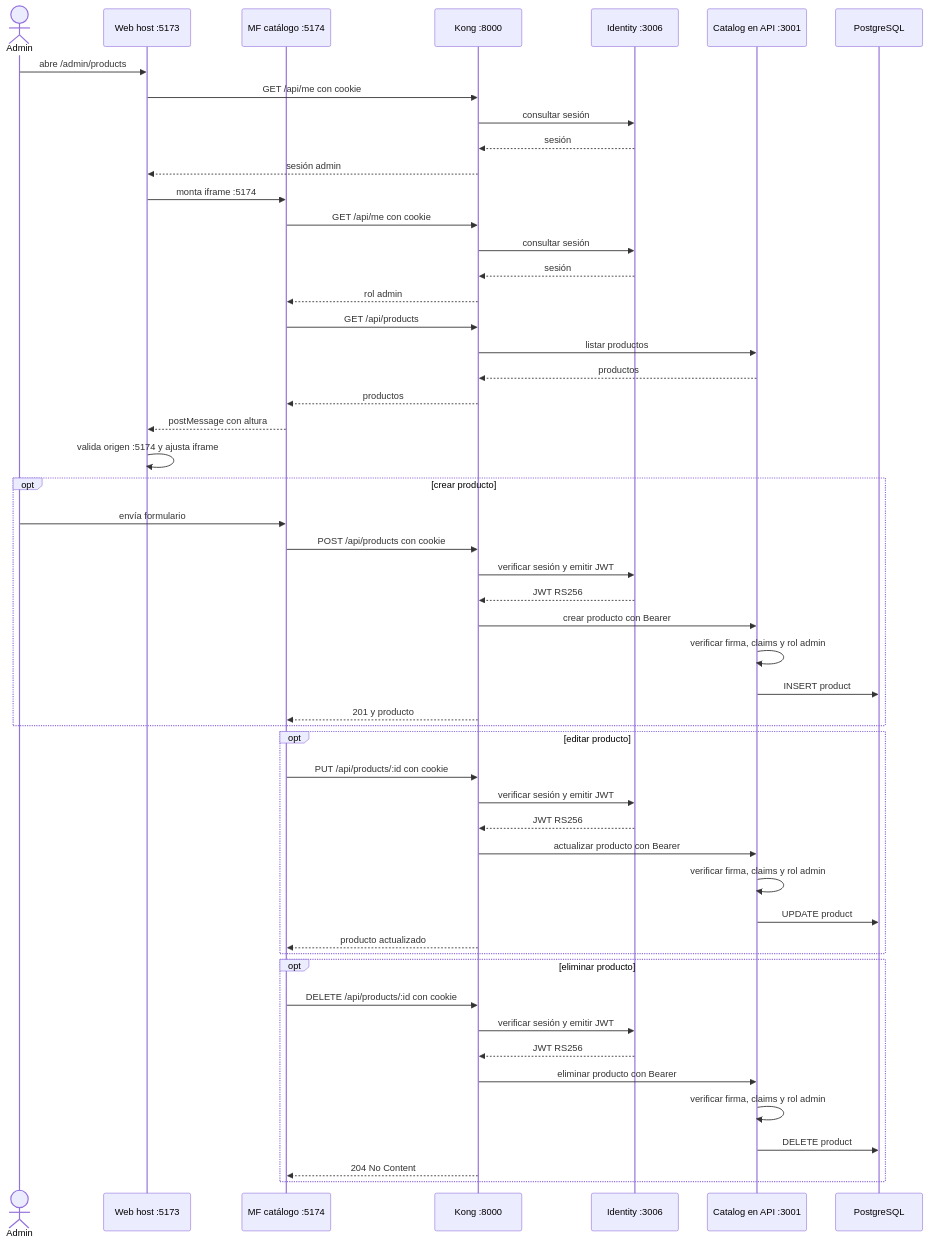
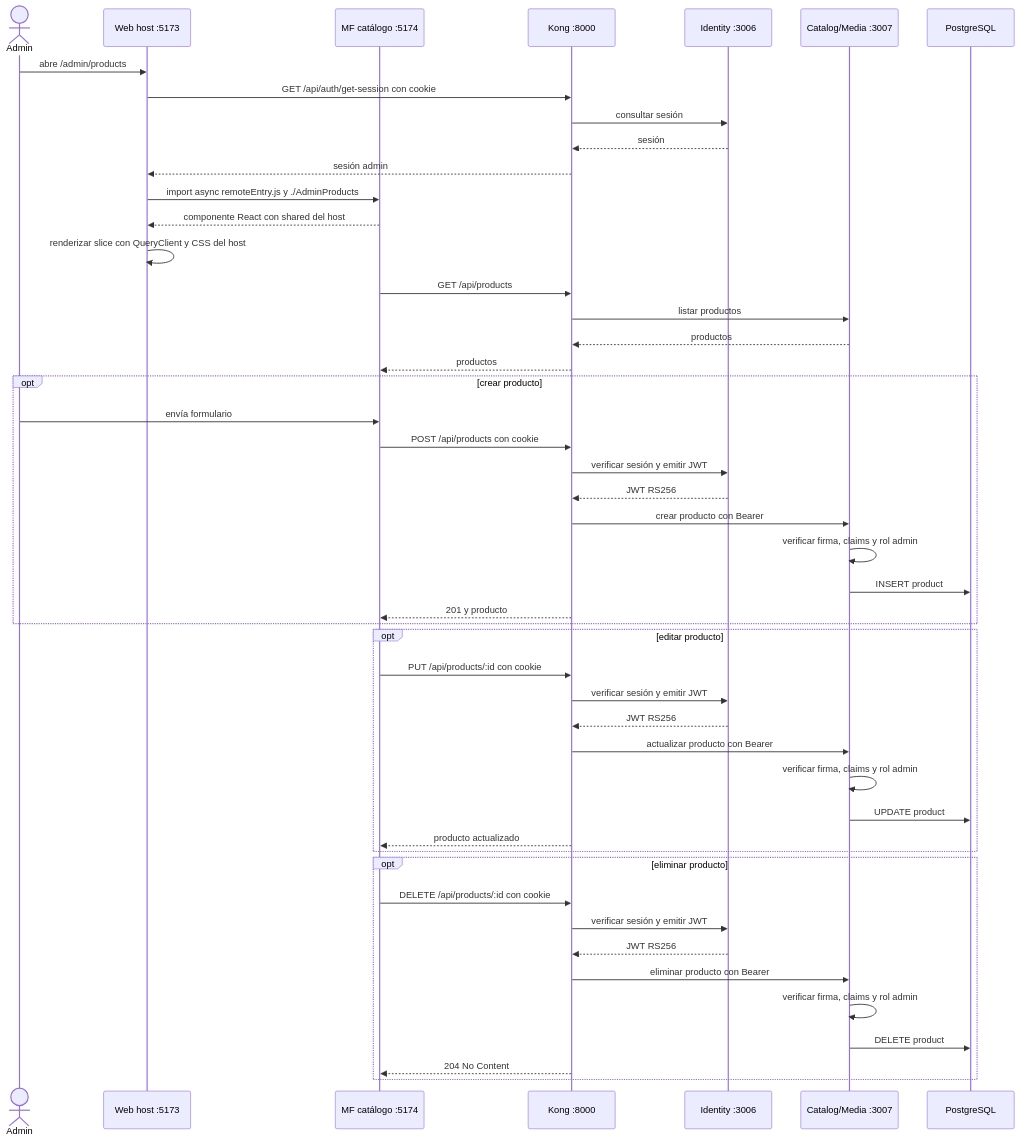
The diagram in docs/diagrams/seq-admin-mf-catalog-v4.md (rodrigop23/mercadoya-curso-asd), drawn with Mermaid before and after one commit. The commit also changed other lines of this file and 33 other files, not shown here.

First line of the commit message:
feat(catalog): reemplaza iframe por Module Federation Vite

````diff
--- a/docs/diagrams/seq-admin-mf-catalog-v4.md
+++ b/docs/diagrams/seq-admin-mf-catalog-v4.md
@@ -5,55 +5,51 @@
 ```mermaid
 sequenceDiagram
   actor Admin
   participant Host as Web host :5173
   participant MF as MF catálogo :5174
   participant API as Kong :8000
   participant Identity as Identity :3006
-  participant Catalog as Catalog en API :3001
+  participant Catalog as Catalog/Media :3007
   participant DB as PostgreSQL
 
   Admin->>Host: abre /admin/products
-  Host->>API: GET /api/me con cookie
+  Host->>API: GET /api/auth/get-session con cookie
   API->>Identity: consultar sesión
   Identity-->>API: sesión
   API-->>Host: sesión admin
-  Host->>MF: monta iframe :5174
-  MF->>API: GET /api/me con cookie
-  API->>Identity: consultar sesión
-  Identity-->>API: sesión
-  API-->>MF: rol admin
+  Host->>MF: import async remoteEntry.js y ./AdminProducts
+  MF-->>Host: componente React con shared del host
+  Host->>Host: renderizar slice con QueryClient y CSS del host
   MF->>API: GET /api/products
   API->>Catalog: listar productos
   Catalog-->>API: productos
   API-->>MF: productos
-  MF-->>Host: postMessage con altura
-  Host->>Host: valida origen :5174 y ajusta iframe
   opt crear producto
     Admin->>MF: envía formulario
     MF->>API: POST /api/products con cookie
     API->>Identity: verificar sesión y emitir JWT
     Identity-->>API: JWT RS256
     API->>Catalog: crear producto con Bearer
     Catalog->>Catalog: verificar firma, claims y rol admin
     Catalog->>DB: INSERT product
     API-->>MF: 201 y producto
   end
   opt editar producto
     MF->>API: PUT /api/products/:id con cookie
     API->>Identity: verificar sesión y emitir JWT
     Identity-->>API: JWT RS256
     API->>Catalog: actualizar producto con Bearer
     Catalog->>Catalog: verificar firma, claims y rol admin
     Catalog->>DB: UPDATE product
     API-->>MF: producto actualizado
   end
   opt eliminar producto
     MF->>API: DELETE /api/products/:id con cookie
     API->>Identity: verificar sesión y emitir JWT
     Identity-->>API: JWT RS256
     API->>Catalog: eliminar producto con Bearer
     Catalog->>Catalog: verificar firma, claims y rol admin
     Catalog->>DB: DELETE product
     API-->>MF: 204 No Content
   end
 ```
````
